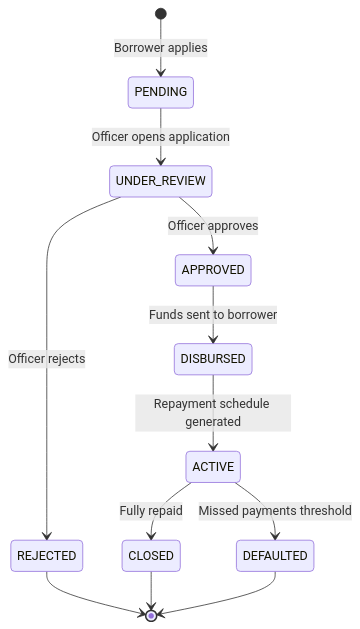
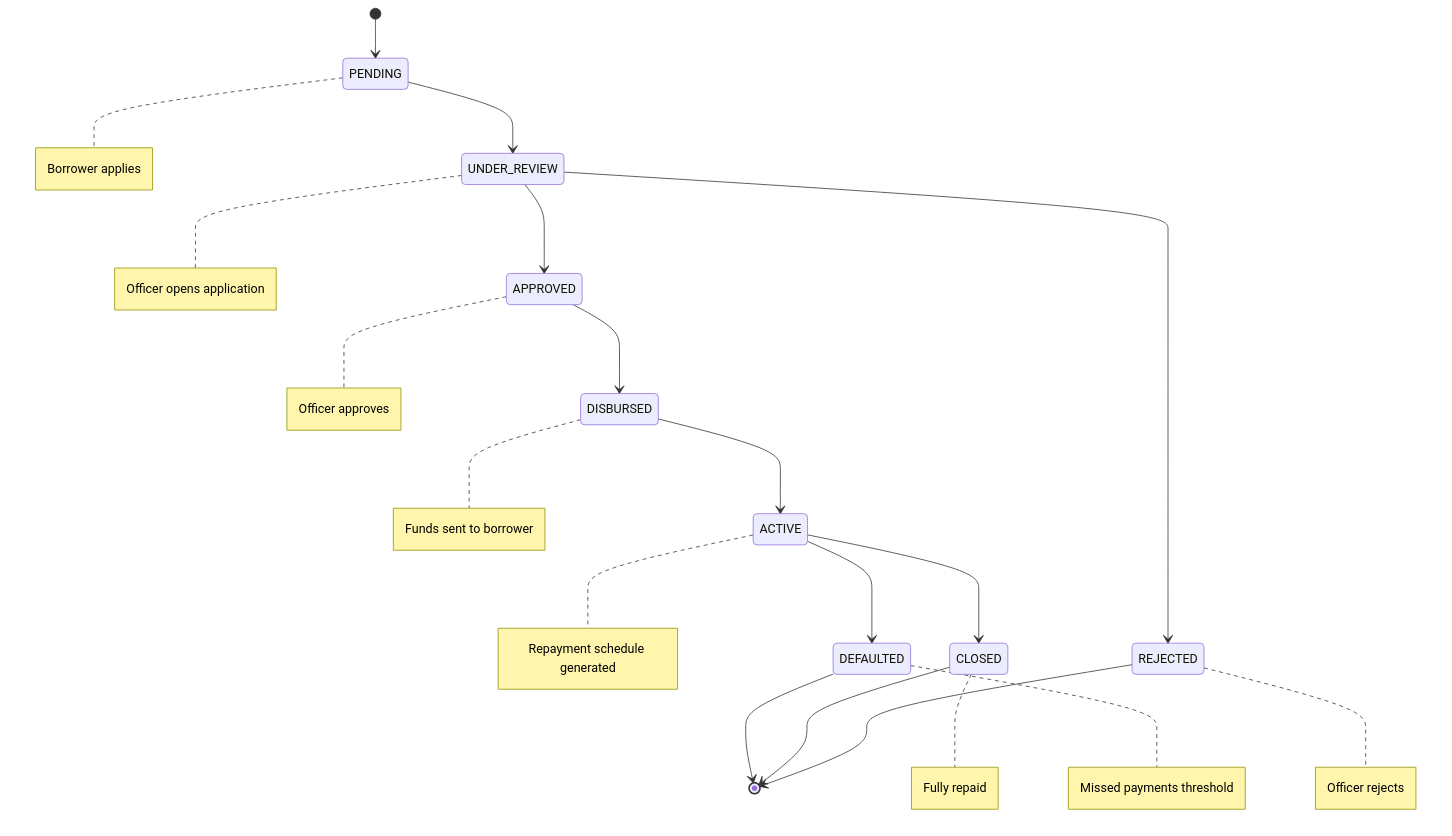
One commit to finalSay9/Loan_system changed the third of 4 diagrams in README.md. Above: the diagram before and after it, drawn with Mermaid. The commit also changed other lines of this file, not shown here.

````diff
--- a/README.md
+++ b/README.md
@@ -195,14 +198,23 @@
 ```mermaid
 stateDiagram-v2
-    [*] --> PENDING: Borrower applies
-    PENDING --> UNDER_REVIEW: Officer opens application
-    UNDER_REVIEW --> APPROVED: Officer approves
-    UNDER_REVIEW --> REJECTED: Officer rejects
-    APPROVED --> DISBURSED: Funds sent to borrower
-    DISBURSED --> ACTIVE: Repayment schedule generated
-    ACTIVE --> CLOSED: Fully repaid
-    ACTIVE --> DEFAULTED: Missed payments threshold
+    [*] --> PENDING
+    PENDING --> UNDER_REVIEW
+    UNDER_REVIEW --> APPROVED
+    UNDER_REVIEW --> REJECTED
+    APPROVED --> DISBURSED
+    DISBURSED --> ACTIVE
+    ACTIVE --> CLOSED
+    ACTIVE --> DEFAULTED
     REJECTED --> [*]
     CLOSED --> [*]
     DEFAULTED --> [*]
+
+    note right of PENDING : Borrower applies
+    note right of UNDER_REVIEW : Officer opens application
+    note right of APPROVED : Officer approves
+    note right of REJECTED : Officer rejects
+    note right of DISBURSED : Funds sent to borrower
+    note right of ACTIVE : Repayment schedule generated
+    note right of CLOSED : Fully repaid
+    note right of DEFAULTED : Missed payments threshold
 ```
````
